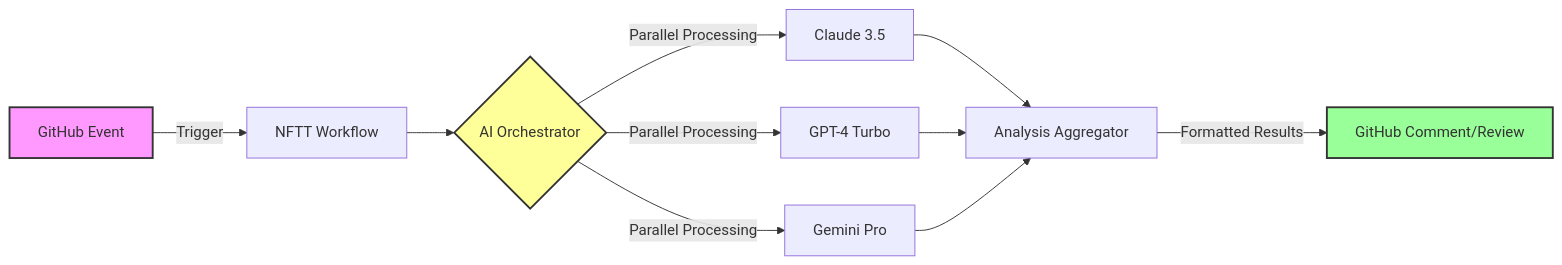
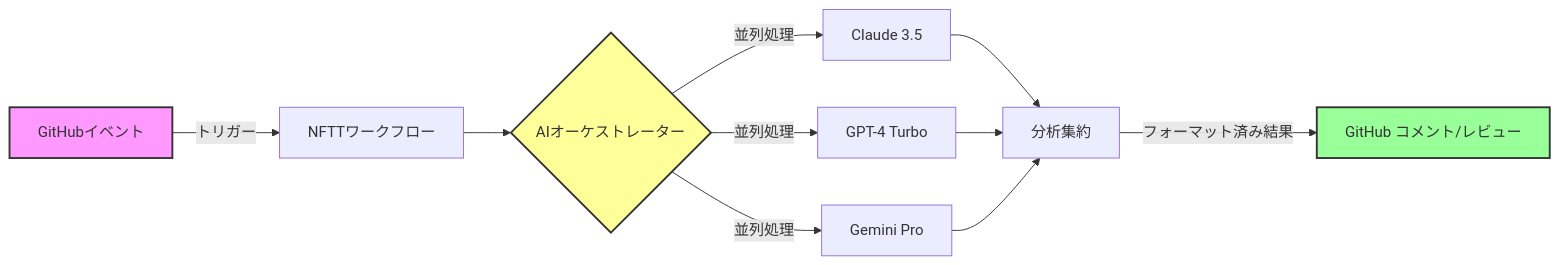
The diagram in README.md (NFTTechnology/NFTT-GitHub-Workflows), drawn with Mermaid before and after one commit. The commit also changed other lines of this file and 3 other files, not shown here.

````diff
--- a/README.md
+++ b/README.md
@@ -174,16 +175,16 @@
 ```mermaid
 graph LR
-    A[GitHub Event] -->|Trigger| B[NFTT Workflow]
-    B --> C{AI Orchestrator}
-    C -->|Parallel Processing| D[Claude 3.5]
-    C -->|Parallel Processing| E[GPT-4 Turbo]
-    C -->|Parallel Processing| F[Gemini Pro]
-    D --> G[Analysis Aggregator]
+    A[GitHubイベント] -->|トリガー| B[NFTTワークフロー]
+    B --> C{AIオーケストレーター}
+    C -->|並列処理| D[Claude 3.5]
+    C -->|並列処理| E[GPT-4 Turbo]
+    C -->|並列処理| F[Gemini Pro]
+    D --> G[分析集約]
     E --> G
     F --> G
-    G -->|Formatted Results| H[GitHub Comment/Review]
+    G -->|フォーマット済み結果| H[GitHub コメント/レビュー]
     
     style A fill:#f9f,stroke:#333,stroke-width:2px
     style H fill:#9f9,stroke:#333,stroke-width:2px
     style C fill:#ff9,stroke:#333,stroke-width:2px
 ```
````
